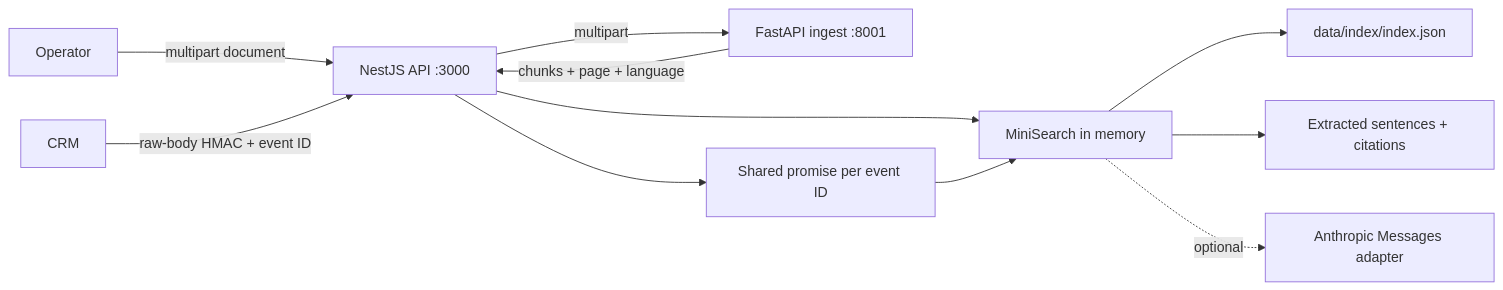
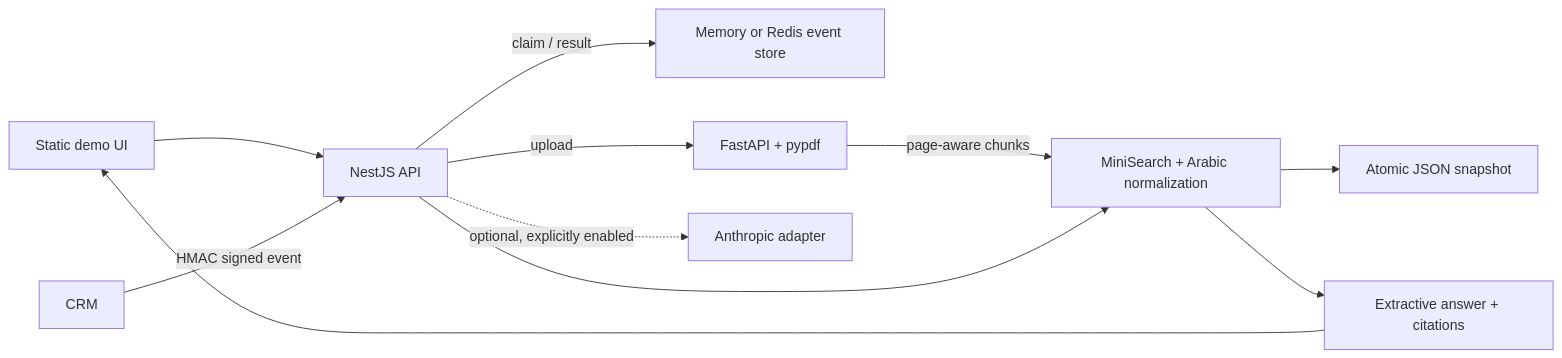
One commit to AbdouShalby/insurance-policy-copilot changed the diagram in README.md. Above: the diagram before and after it, drawn with Mermaid. The commit also changed other lines of this file and 30 other files, not shown here.

First line of the commit message:
Phase 2: Arabic retrieval, Redis idempotency, demo UI, Docker, CI and docs

````diff
--- a/README.md
+++ b/README.md
@@ -5,13 +9,13 @@
 ```mermaid
 flowchart LR
-    Operator -->|multipart document| API[NestJS API :3000]
-    API -->|multipart| Ingest[FastAPI ingest :8001]
-    Ingest -->|chunks + page + language| API
-    API --> Index[MiniSearch in memory]
-    Index --> Disk[data/index/index.json]
-    CRM -->|raw-body HMAC + event ID| API
-    API --> Dedup[Shared promise per event ID]
-    Dedup --> Index
-    Index --> Answer[Extracted sentences + citations]
-    Index -. optional .-> LLM[Anthropic Messages adapter]
+    Browser[Static demo UI] --> API[NestJS API]
+    CRM -->|HMAC signed event| API
+    API -->|claim / result| Events[Memory or Redis event store]
+    API -->|upload| Ingest[FastAPI + pypdf]
+    Ingest -->|page-aware chunks| Index[MiniSearch + Arabic normalization]
+    API --> Index
+    Index --> Disk[Atomic JSON snapshot]
+    Index --> Answer[Extractive answer + citations]
+    Answer --> Browser
+    API -. optional, explicitly enabled .-> LLM[Anthropic adapter]
 ```
````
